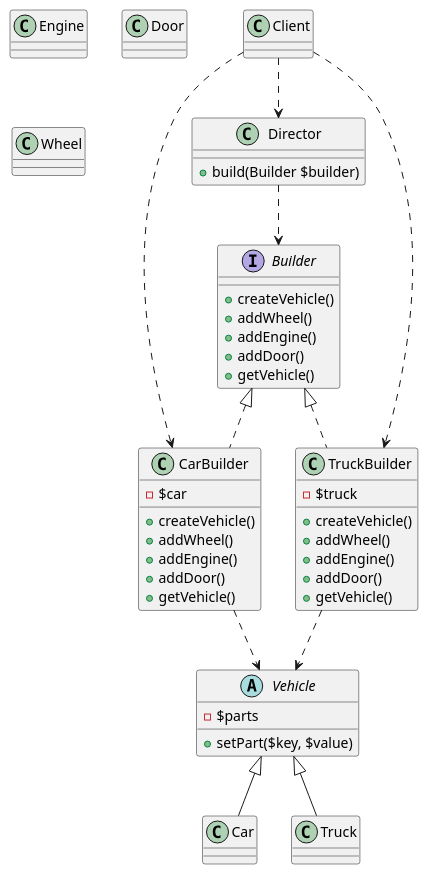
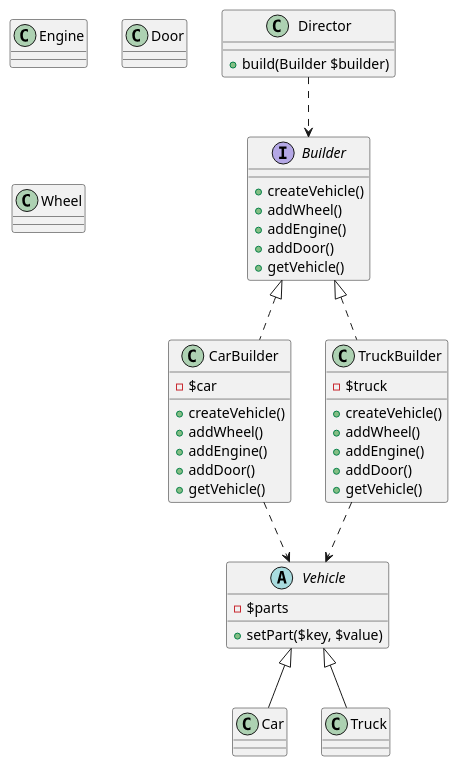
The diagram in Creational/Builder/Builder.puml (flashytime/DesignPatternsPHP), drawn with PlantUML before and after one commit. The commit also changed 35 other files, not shown here.

```diff
--- a/Creational/Builder/Builder.puml
+++ b/Creational/Builder/Builder.puml
@@ -1,60 +1,53 @@
 @startuml
 abstract class Vehicle {
     - $parts
     + setPart($key, $value)
 }
 
 class Car
 class Truck
 
 Vehicle <|-- Car
 Vehicle <|-- Truck
 
 class Engine
 class Door
 class Wheel
 
 interface Builder {
     + createVehicle()
     + addWheel()
     + addEngine()
     + addDoor()
     + getVehicle()
 }
 
 class CarBuilder {
     - $car
     + createVehicle()
     + addWheel()
     + addEngine()
     + addDoor()
     + getVehicle()
 }
 
 class TruckBuilder {
     - $truck
     + createVehicle()
     + addWheel()
     + addEngine()
     + addDoor()
     + getVehicle()
 }
 
 Builder <|.. CarBuilder
 Builder <|.. TruckBuilder
 CarBuilder ..> Vehicle
 TruckBuilder ..> Vehicle
 
 class Director {
     + build(Builder $builder)
 }
 
 Director ..> Builder
-
-class Client
-
-Client ..> Director
-Client ..> CarBuilder
-Client ..> TruckBuilder
-
 @enduml
```
